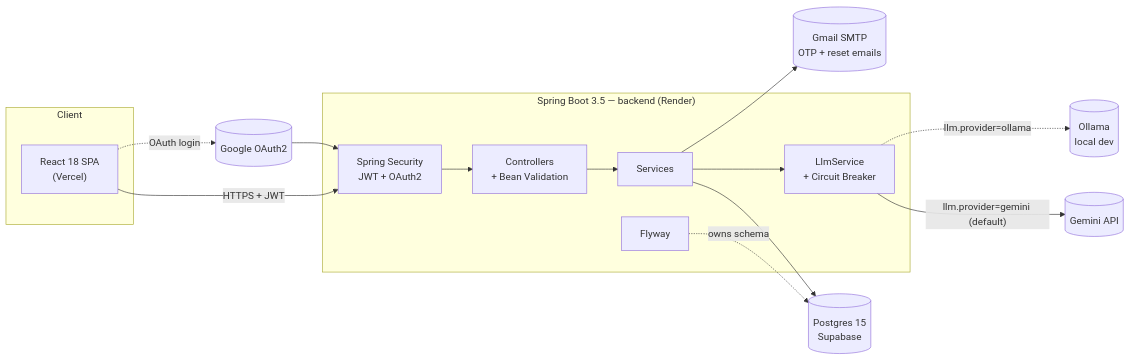
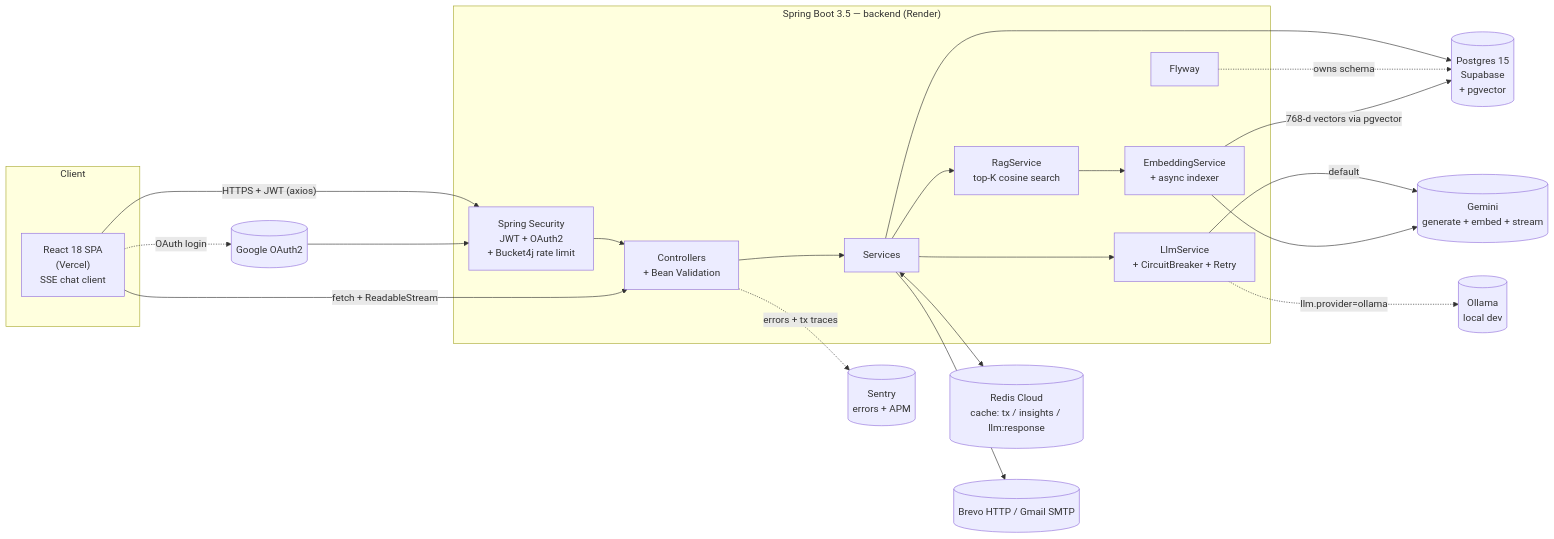
The first of 5 diagrams in README.md (patelkarma/finora-ai), drawn with Mermaid before and after one commit. The commit also changed other lines of this file and 7 other files, not shown here.

````diff
--- a/README.md
+++ b/README.md
@@ -39,27 +57,38 @@
 ```mermaid
 flowchart LR
     subgraph Client
-        UI["React 18 SPA<br/>(Vercel)"]
+        UI["React 18 SPA<br/>(Vercel)<br/>SSE chat client"]
     end
     subgraph "Spring Boot 3.5 — backend (Render)"
-        SEC[Spring Security<br/>JWT + OAuth2]
+        SEC[Spring Security<br/>JWT + OAuth2<br/>+ Bucket4j rate limit]
         CTL[Controllers<br/>+ Bean Validation]
         SVC[Services]
-        LLM["LlmService<br/>+ Circuit Breaker"]
+        LLM["LlmService<br/>+ CircuitBreaker + Retry"]
+        EMB["EmbeddingService<br/>+ async indexer"]
+        RAG["RagService<br/>top-K cosine search"]
         FW[Flyway]
     end
-    DB[(Postgres 15<br/>Supabase)]
-    GEM[(Gemini API)]
+    REDIS[(Redis Cloud<br/>cache: tx / insights / llm:response)]
+    DB[(Postgres 15<br/>Supabase<br/>+ pgvector)]
+    GEM[(Gemini<br/>generate + embed + stream)]
     OLL[(Ollama<br/>local dev)]
-    GMAIL[(Gmail SMTP<br/>OTP + reset emails)]
+    SENTRY[(Sentry<br/>errors + APM)]
+    MAIL[(Brevo HTTP / Gmail SMTP)]
     GOOG[(Google OAuth2)]
 
-    UI -- HTTPS + JWT --> SEC --> CTL --> SVC
+    UI -- "HTTPS + JWT (axios)" --> SEC --> CTL --> SVC
+    UI -- "fetch + ReadableStream" --> CTL
+    SVC <--> REDIS
     SVC --> DB
     FW -. owns schema .-> DB
     SVC --> LLM
-    LLM -- "llm.provider=gemini (default)" --> GEM
+    SVC --> RAG
+    RAG --> EMB
+    EMB -- "768-d vectors via pgvector" --> DB
+    LLM -- "default" --> GEM
     LLM -. "llm.provider=ollama" .-> OLL
-    SVC --> GMAIL
+    EMB --> GEM
+    SVC --> MAIL
     UI -. OAuth login .-> GOOG --> SEC
+    CTL -. errors + tx traces .-> SENTRY
 ```
````
